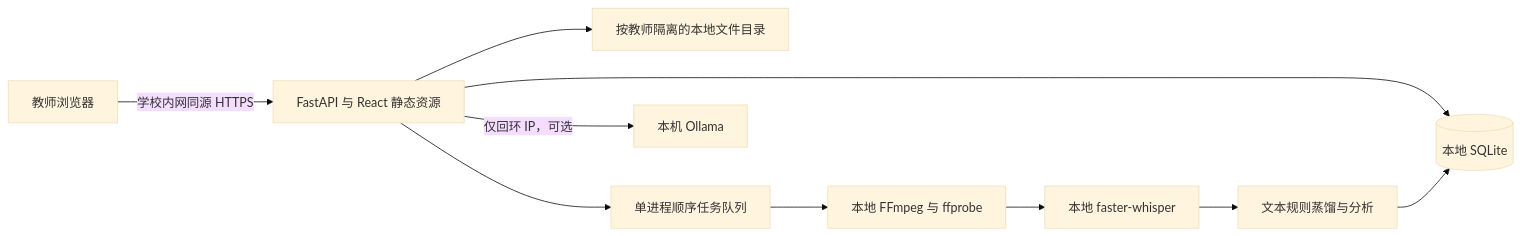
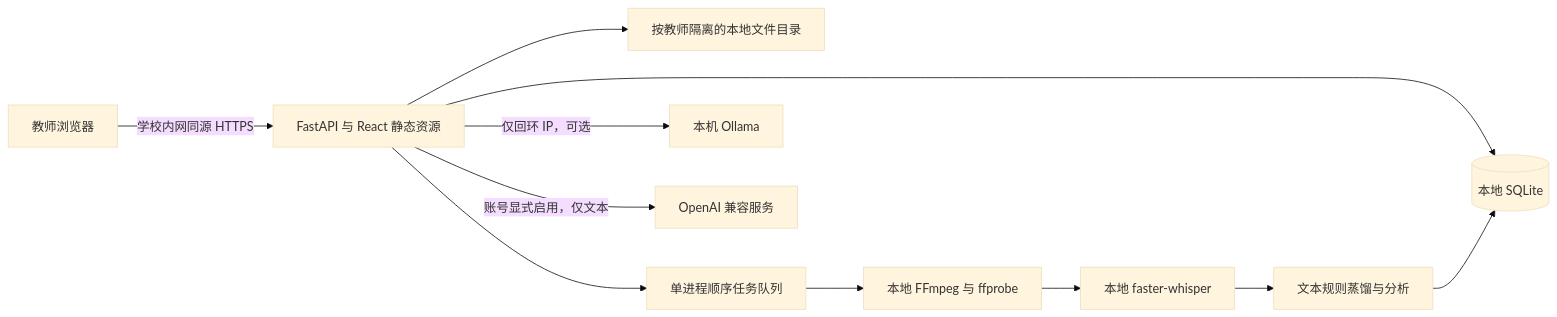
Before and after one commit to mm477706421/TeachAgent: the diagram in docs/功能与部署文档.md, drawn with Mermaid (base theme). The commit also changed other lines of this file and 27 other files, not shown here.

````diff
--- a/docs/功能与部署文档.md
+++ b/docs/功能与部署文档.md
@@ -171,12 +203,13 @@
 ```mermaid
 flowchart LR
   B[教师浏览器] -->|学校内网同源 HTTPS| A[FastAPI 与 React 静态资源]
   A --> D[(本地 SQLite)]
   A --> F[按教师隔离的本地文件目录]
   A --> Q[单进程顺序任务队列]
   Q --> M[本地 FFmpeg 与 ffprobe]
   M --> W[本地 faster-whisper]
   W --> R[文本规则蒸馏与分析]
   R --> D
   A -->|仅回环 IP，可选| L[本机 Ollama]
+  A -->|账号显式启用，仅文本| O[OpenAI 兼容服务]
 ```
````
